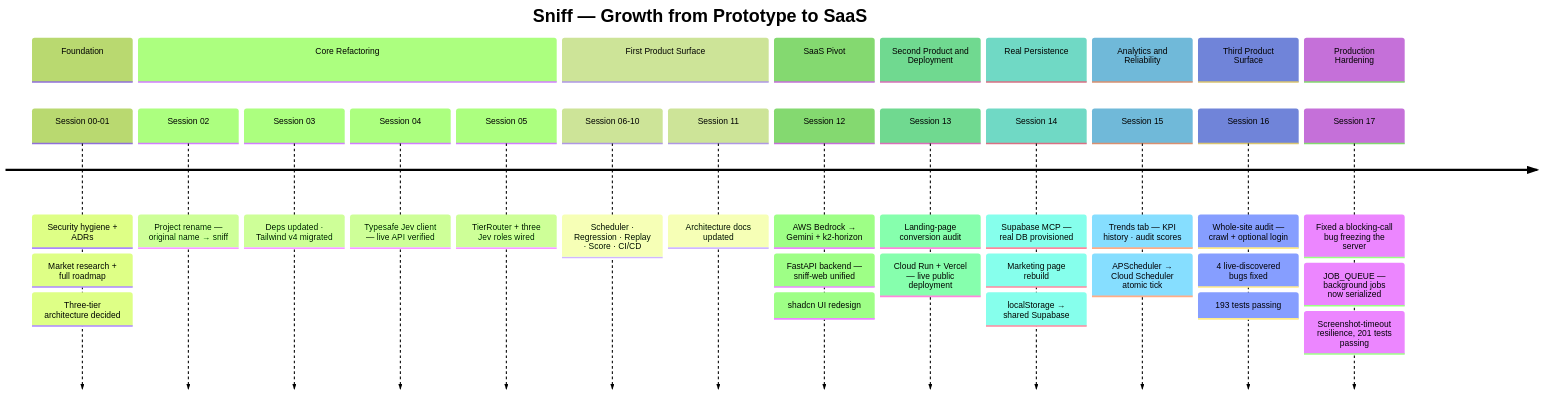
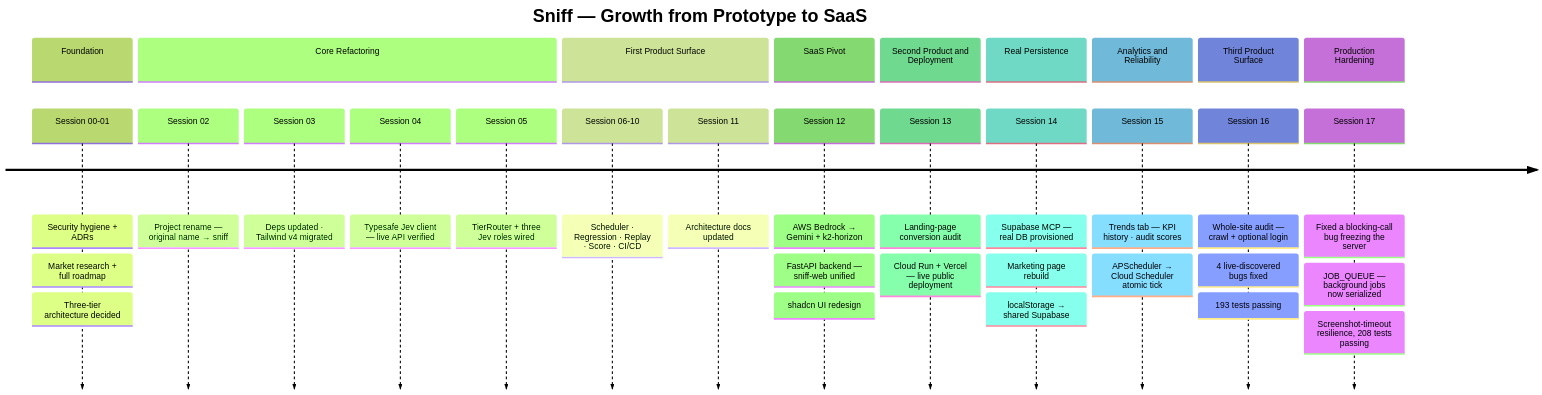
One commit to hatif03/sniff changed the seventh of 7 diagrams in README.md. Above: the diagram before and after it, drawn with Mermaid (forest theme). The commit also changed other lines of this file and 6 other files, not shown here.

````diff
--- a/README.md
+++ b/README.md
@@ -185,38 +185,38 @@
 ```mermaid
 timeline
     title Sniff — Growth from Prototype to SaaS
     section Foundation
         Session 00-01 : Security hygiene + ADRs
                       : Market research + full roadmap
                       : Three-tier architecture decided
     section Core Refactoring
         Session 02 : Project rename — original name → sniff
         Session 03 : Deps updated · Tailwind v4 migrated
         Session 04 : Typesafe Jev client — live API verified
         Session 05 : TierRouter + three Jev roles wired
     section First Product Surface
         Session 06-10 : Scheduler · Regression · Replay · Score · CI/CD
         Session 11 : Architecture docs updated
     section SaaS Pivot
         Session 12 : AWS Bedrock → Gemini + k2-horizon
                    : FastAPI backend — sniff-web unified
                    : shadcn UI redesign
     section Second Product and Deployment
         Session 13 : Landing-page conversion audit
                    : Cloud Run + Vercel — live public deployment
     section Real Persistence
         Session 14 : Supabase MCP — real DB provisioned
                    : Marketing page rebuild
                    : localStorage → shared Supabase
     section Analytics and Reliability
         Session 15 : Trends tab — KPI history · audit scores
                    : APScheduler → Cloud Scheduler atomic tick
     section Third Product Surface
         Session 16 : Whole-site audit — crawl + optional login
                    : 4 live-discovered bugs fixed
                    : 193 tests passing
     section Production Hardening
         Session 17 : Fixed a blocking-call bug freezing the server
                    : JOB_QUEUE — background jobs now serialized
-                   : Screenshot-timeout resilience, 201 tests passing
+                   : Screenshot-timeout resilience, 208 tests passing
 ```
````
